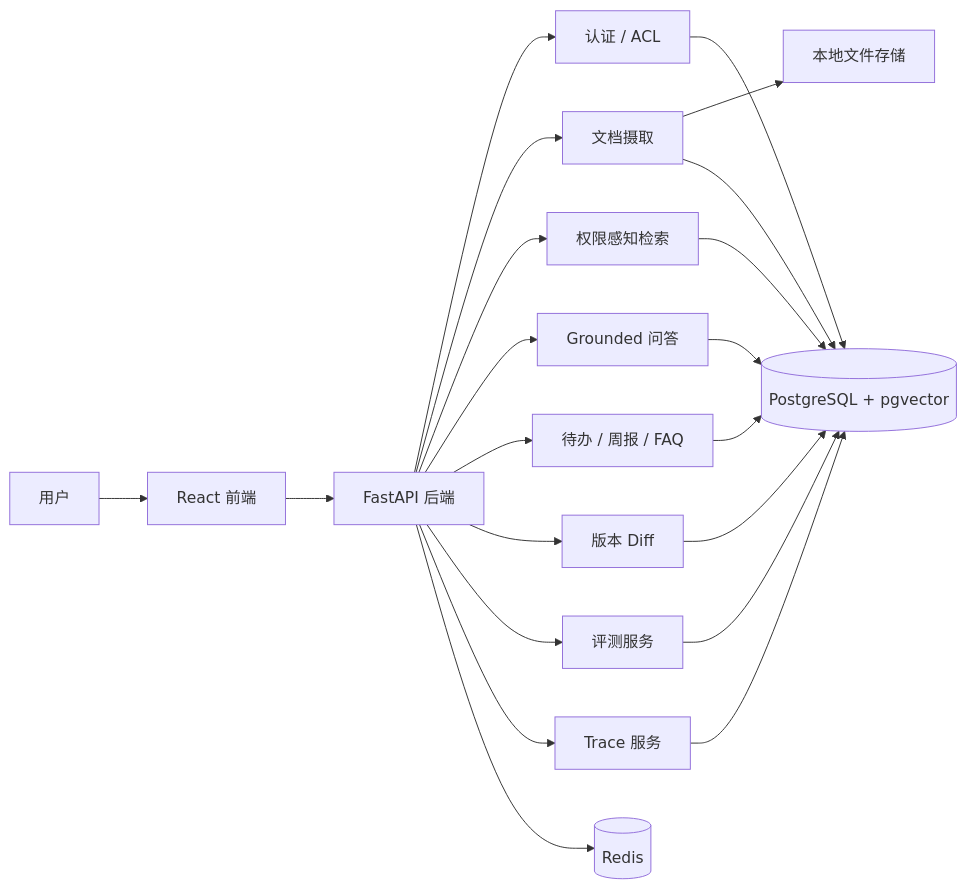
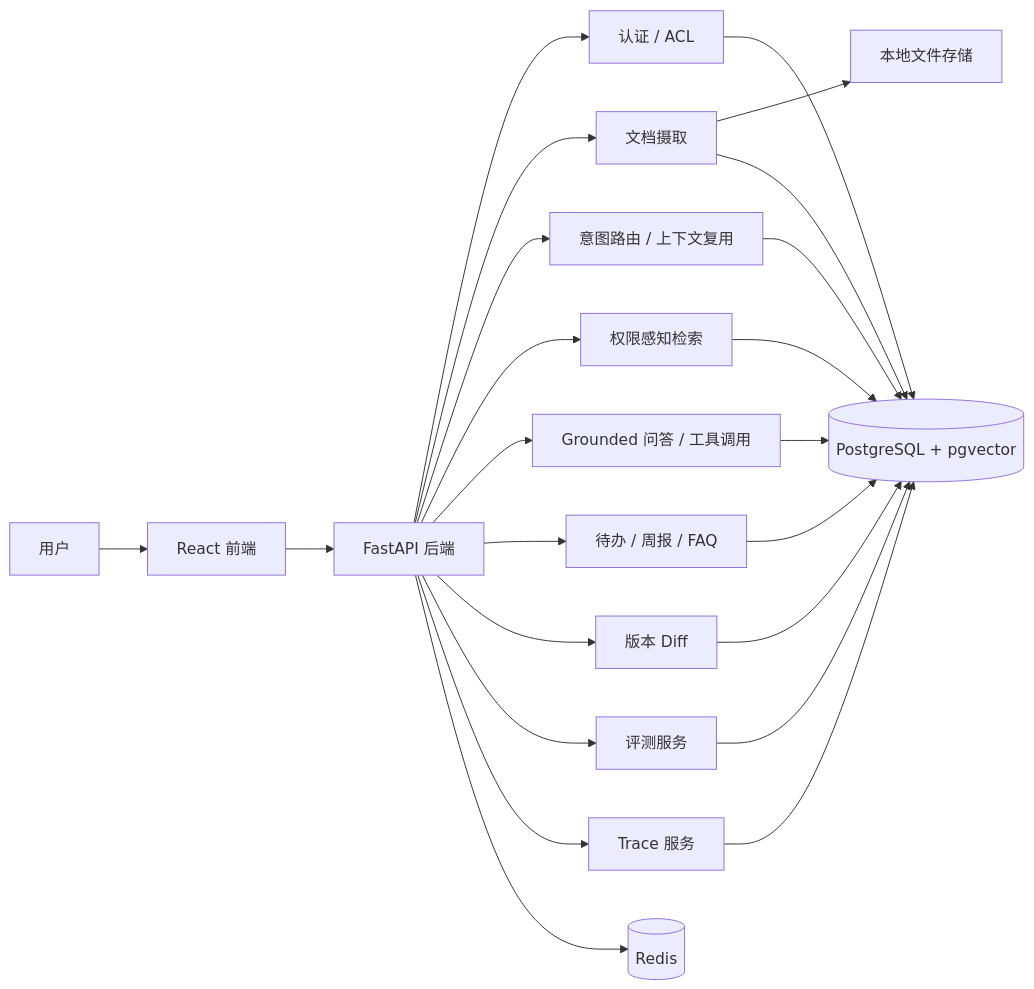
Before and after one commit to lgloq/doc_helper: the diagram in README.md, drawn with Mermaid. The commit also changed other lines of this file and 15 other files, not shown here.

````diff
--- a/README.md
+++ b/README.md
@@ -59,23 +64,25 @@
 ```mermaid
 flowchart LR
     U["用户"] --> FE["React 前端"]
     FE --> API["FastAPI 后端"]
     API --> AUTH["认证 / ACL"]
     API --> INGEST["文档摄取"]
+    API --> ROUTER["意图路由 / 上下文复用"]
     API --> RET["权限感知检索"]
-    API --> CHAT["Grounded 问答"]
+    API --> CHAT["Grounded 问答 / 工具调用"]
     API --> TASKS["待办 / 周报 / FAQ"]
     API --> DIFF["版本 Diff"]
     API --> EVAL["评测服务"]
     API --> OBS["Trace 服务"]
     AUTH --> PG[("PostgreSQL + pgvector")]
     INGEST --> FILES["本地文件存储"]
     INGEST --> PG
+    ROUTER --> PG
     RET --> PG
     CHAT --> PG
     TASKS --> PG
     DIFF --> PG
     EVAL --> PG
     OBS --> PG
     API --> REDIS[("Redis")]
 ```
````
